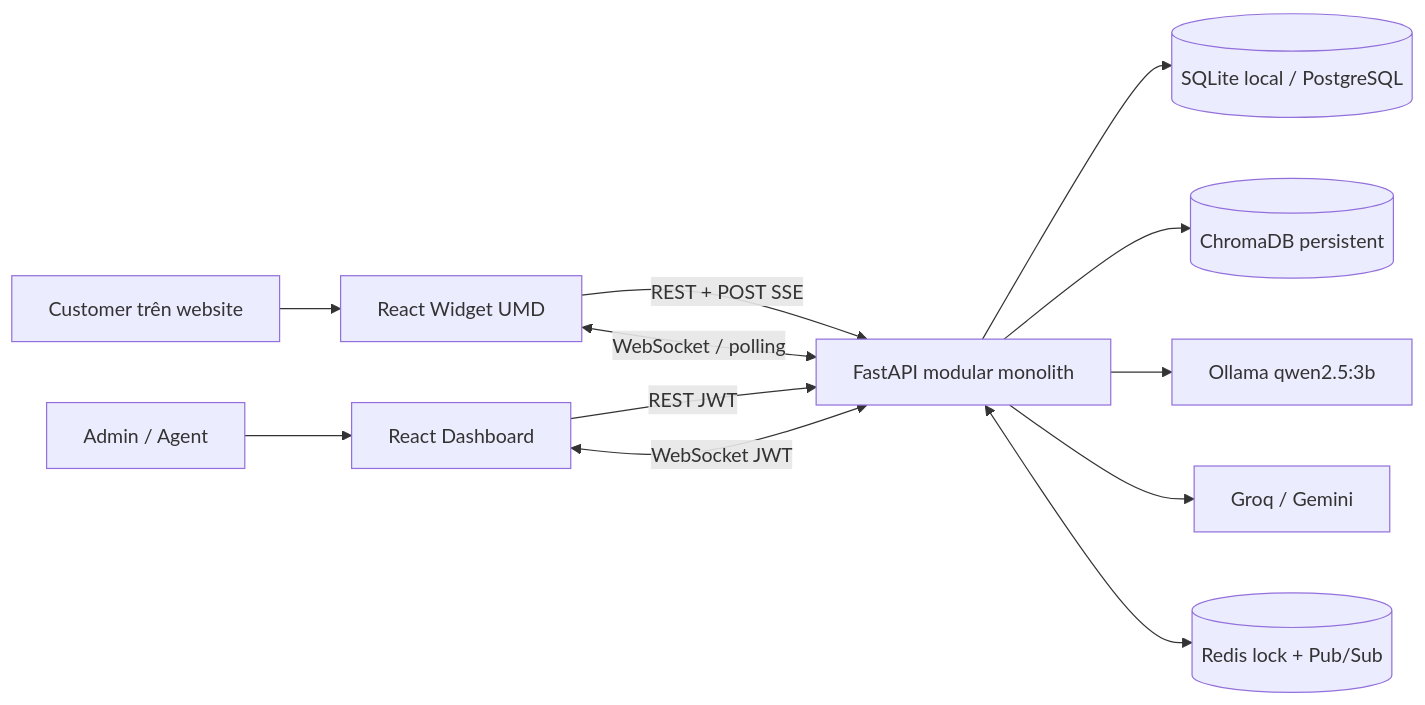
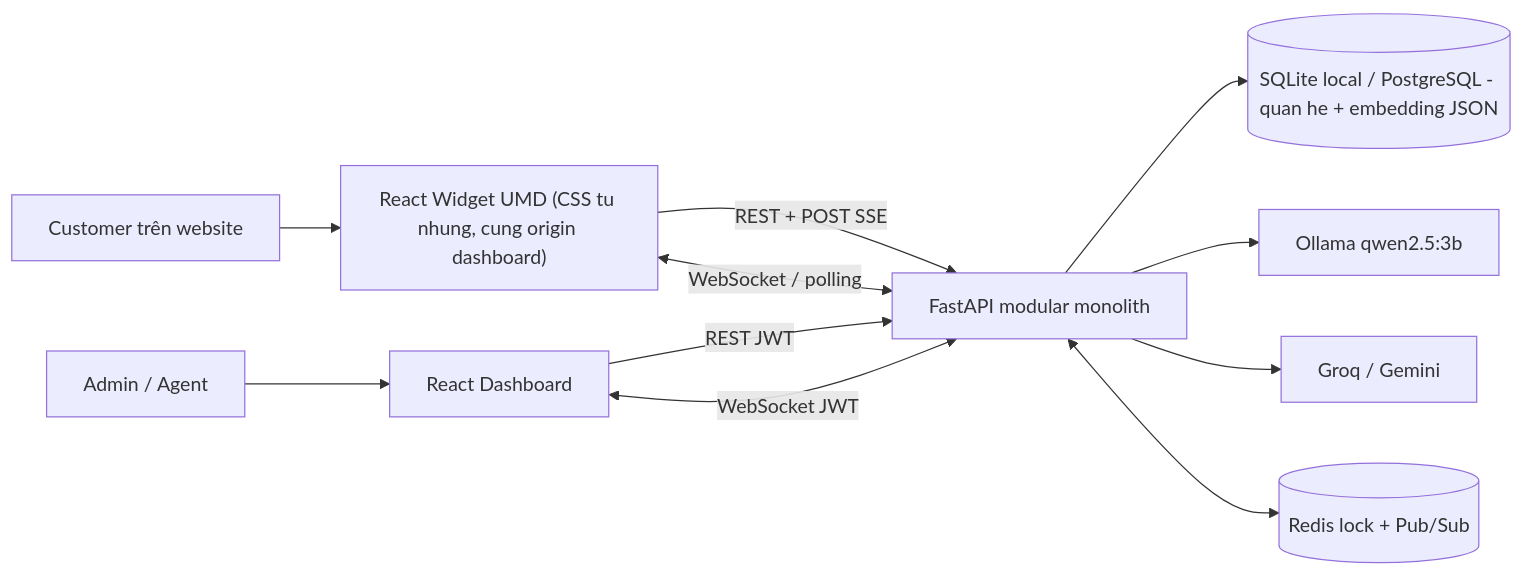
The first of 2 diagrams in reengineered_docs/10_Software_Architecture.md (uncletanh/CNPM-Group-1), drawn with Mermaid before and after one commit. The commit also changed other lines of this file and 16 other files, not shown here.

````diff
--- a/reengineered_docs/10_Software_Architecture.md
+++ b/reengineered_docs/10_Software_Architecture.md
@@ -21,14 +23,13 @@
 ```mermaid
 flowchart LR
-    Customer["Customer trên website"] --> Widget["React Widget UMD"]
+    Customer["Customer trên website"] --> Widget["React Widget UMD (CSS tu nhung, cung origin dashboard)"]
     Admin["Admin / Agent"] --> Dashboard["React Dashboard"]
     Widget -->|"REST + POST SSE"| API["FastAPI modular monolith"]
     Widget <-->|"WebSocket / polling"| API
     Dashboard -->|"REST JWT"| API
     Dashboard <-->|"WebSocket JWT"| API
-    API --> SQL[("SQLite local / PostgreSQL")]
-    API --> Chroma[("ChromaDB persistent")]
+    API --> SQL[("SQLite local / PostgreSQL - quan he + embedding JSON")]
     API --> Ollama["Ollama qwen2.5:3b"]
     API --> CloudLLM["Groq / Gemini"]
     API <--> Redis[("Redis lock + Pub/Sub")]
 ```
````
